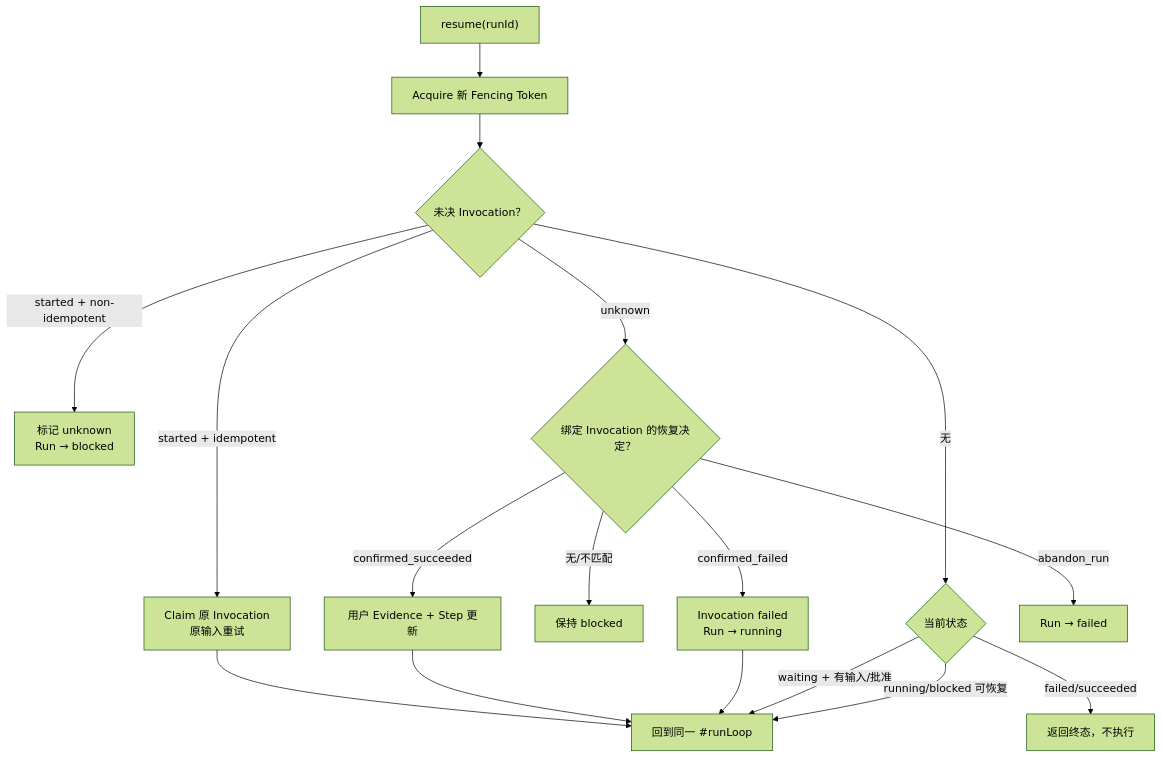
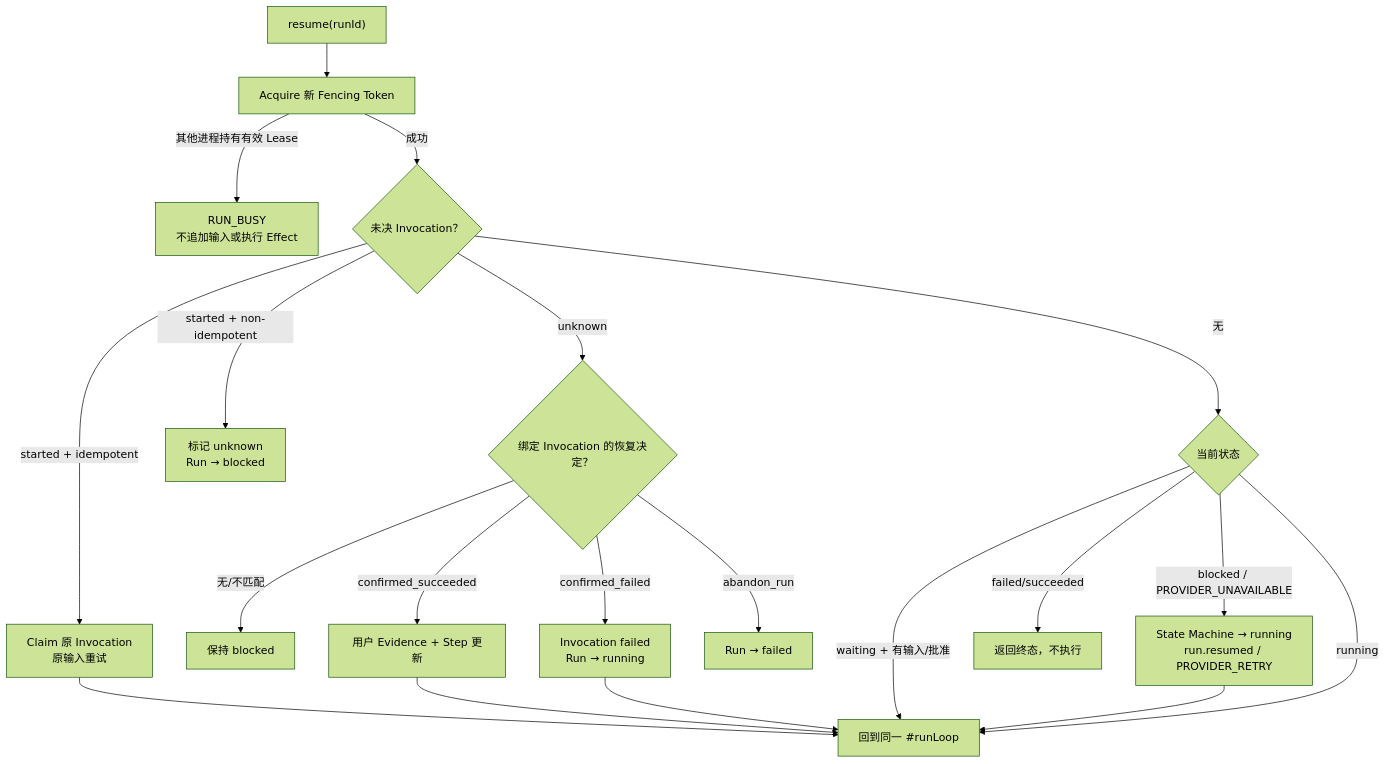
One commit to Atman-Angle/Nexora-Agent changed the third of 3 diagrams in DATA_FLOW.md. Above: the diagram before and after it, drawn with Mermaid (forest theme). The commit also changed other lines of this file and 5 other files, not shown here.

````diff
--- a/DATA_FLOW.md
+++ b/DATA_FLOW.md
@@ -98,19 +98,22 @@
 ```mermaid
 flowchart TD
     RESUME["resume(runId)"] --> LEASE["Acquire 新 Fencing Token"]
-    LEASE --> UNRESOLVED{"未决 Invocation？"}
+    LEASE -- "其他进程持有有效 Lease" --> BUSY["RUN_BUSY<br/>不追加输入或执行 Effect"]
+    LEASE -- "成功" --> UNRESOLVED{"未决 Invocation？"}
     UNRESOLVED -- "无" --> STATUS{"当前状态"}
     UNRESOLVED -- "started + idempotent" --> RETRY["Claim 原 Invocation<br/>原输入重试"]
     UNRESOLVED -- "started + non-idempotent" --> UNKNOWN["标记 unknown<br/>Run → blocked"]
     UNRESOLVED -- "unknown" --> DECISION{"绑定 Invocation 的恢复决定？"}
     DECISION -- "无/不匹配" --> BLOCKED["保持 blocked"]
     DECISION -- "confirmed_succeeded" --> CONFIRM["用户 Evidence + Step 更新"]
     DECISION -- "confirmed_failed" --> CONTINUE["Invocation failed<br/>Run → running"]
     DECISION -- "abandon_run" --> ABANDON["Run → failed"]
     RETRY --> LOOP["回到同一 #runLoop"]
     CONFIRM --> LOOP
     CONTINUE --> LOOP
     STATUS -- "waiting + 有输入/批准" --> LOOP
-    STATUS -- "running/blocked 可恢复" --> LOOP
+    STATUS -- "blocked / PROVIDER_UNAVAILABLE" --> PROVIDER["State Machine → running<br/>run.resumed / PROVIDER_RETRY"]
+    PROVIDER --> LOOP
+    STATUS -- "running" --> LOOP
     STATUS -- "failed/succeeded" --> TERMINAL["返回终态，不执行"]
 ```
````
